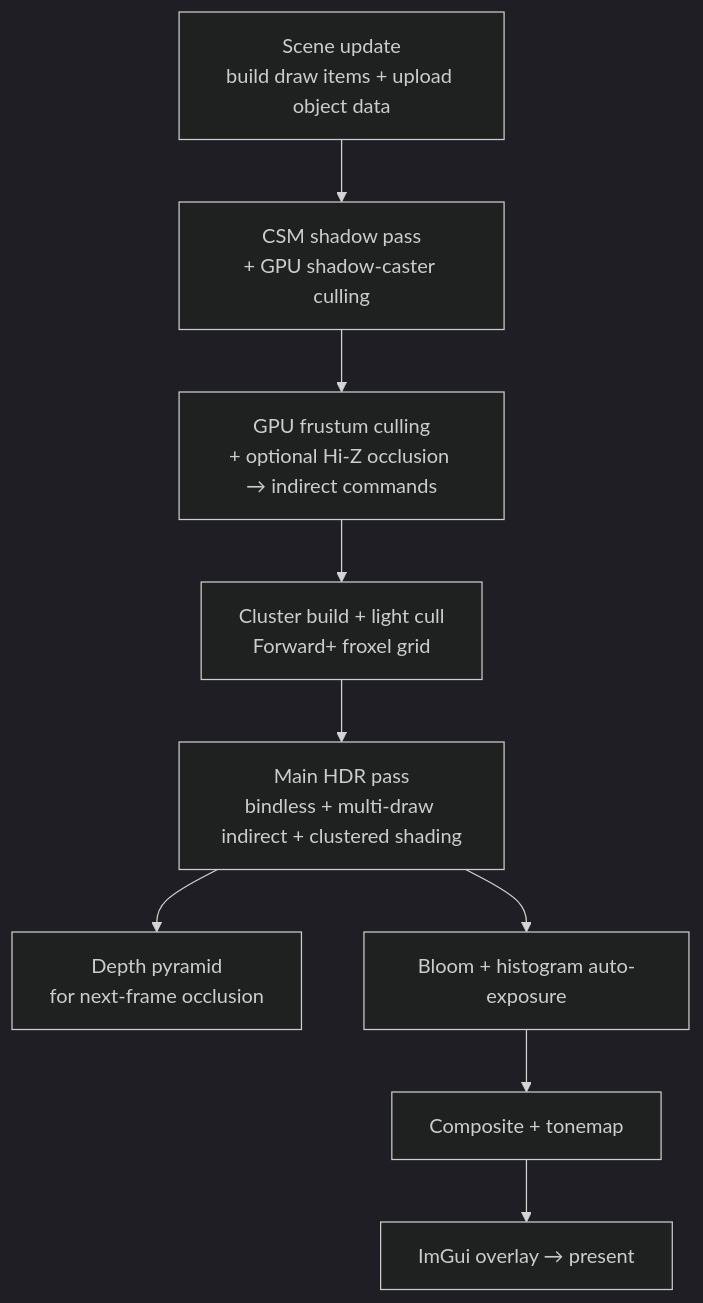
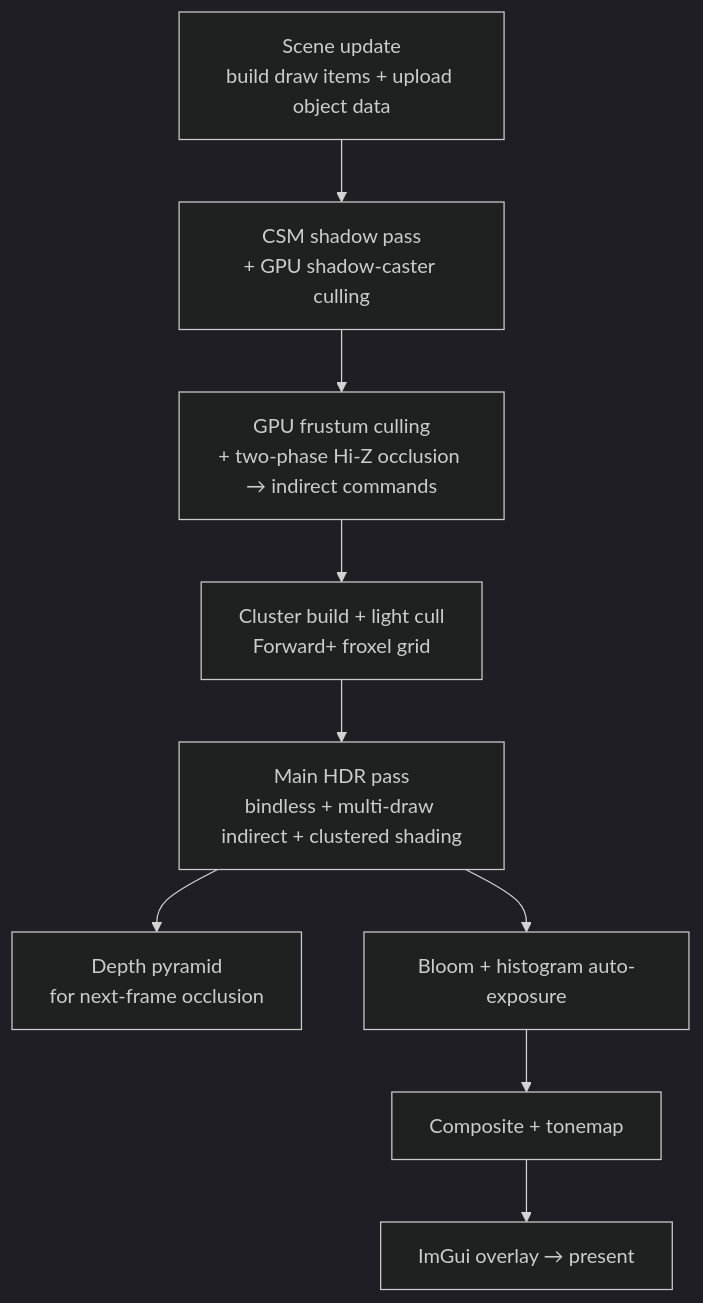
Before and after one commit to ZihanWG/VulkanEngine: the diagram in README.md, drawn with Mermaid (dark theme). The commit also changed other lines of this file and 16 other files, not shown here.

````diff
--- a/README.md
+++ b/README.md
@@ -33,11 +33,11 @@
 ```mermaid
 flowchart TD
     A[Scene update<br/>build draw items + upload object data] --> B[CSM shadow pass<br/>+ GPU shadow-caster culling]
-    B --> C[GPU frustum culling<br/>+ optional Hi-Z occlusion → indirect commands]
+    B --> C[GPU frustum culling<br/>+ two-phase Hi-Z occlusion → indirect commands]
     C --> D[Cluster build + light cull<br/>Forward+ froxel grid]
     D --> E[Main HDR pass<br/>bindless + multi-draw indirect + clustered shading]
     E --> F[Depth pyramid<br/>for next-frame occlusion]
     E --> G[Bloom + histogram auto-exposure]
     G --> H[Composite + tonemap]
     H --> I[ImGui overlay → present]
 ```
````
